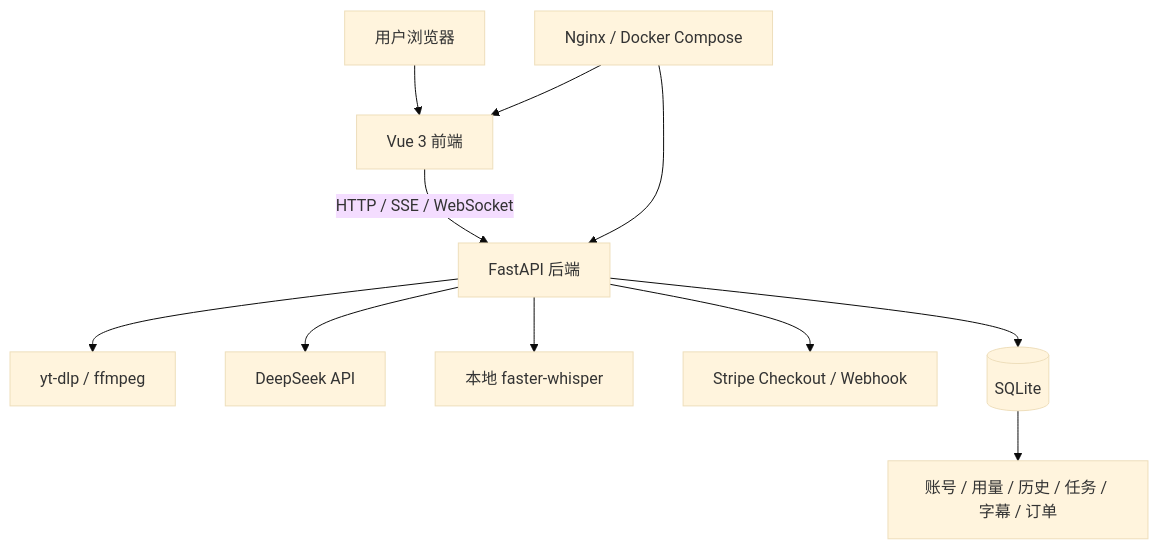
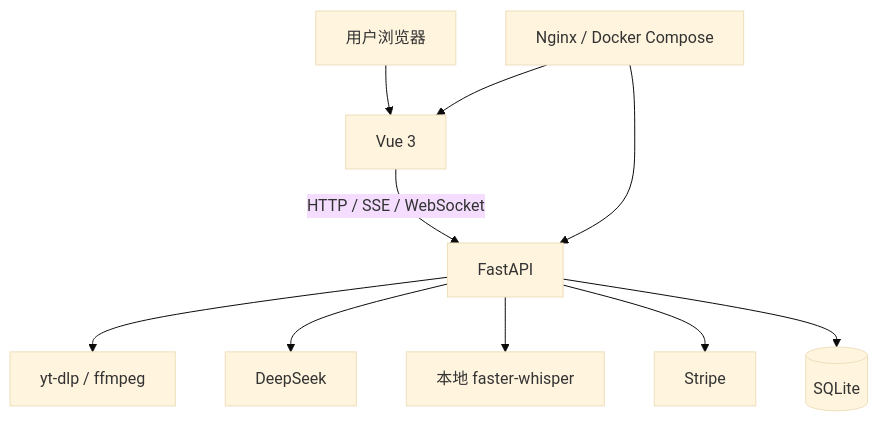
One commit to bylongjian/video-downloader changed the second of 2 diagrams in README.md. Above: the diagram before and after it, drawn with Mermaid (base theme). The commit also changed other lines of this file and 8 other files, not shown here.

````diff
--- a/README.md
+++ b/README.md
@@ -143,13 +117,12 @@
 ```mermaid
 flowchart TD
-    A[用户浏览器] --> B[Vue 3 前端]
-    B -->|HTTP / SSE / WebSocket| C[FastAPI 后端]
+    A[用户浏览器] --> B[Vue 3]
+    B -->|HTTP / SSE / WebSocket| C[FastAPI]
     C --> D[yt-dlp / ffmpeg]
-    C --> E[DeepSeek API]
+    C --> E[DeepSeek]
     C --> F[本地 faster-whisper]
-    C --> G[Stripe Checkout / Webhook]
+    C --> G[Stripe]
     C --> H[(SQLite)]
-    H --> I[账号 / 用量 / 历史 / 任务 / 字幕 / 订单]
-    J[Nginx / Docker Compose] --> B
-    J --> C
+    I[Nginx / Docker Compose] --> B
+    I --> C
 ```
````
